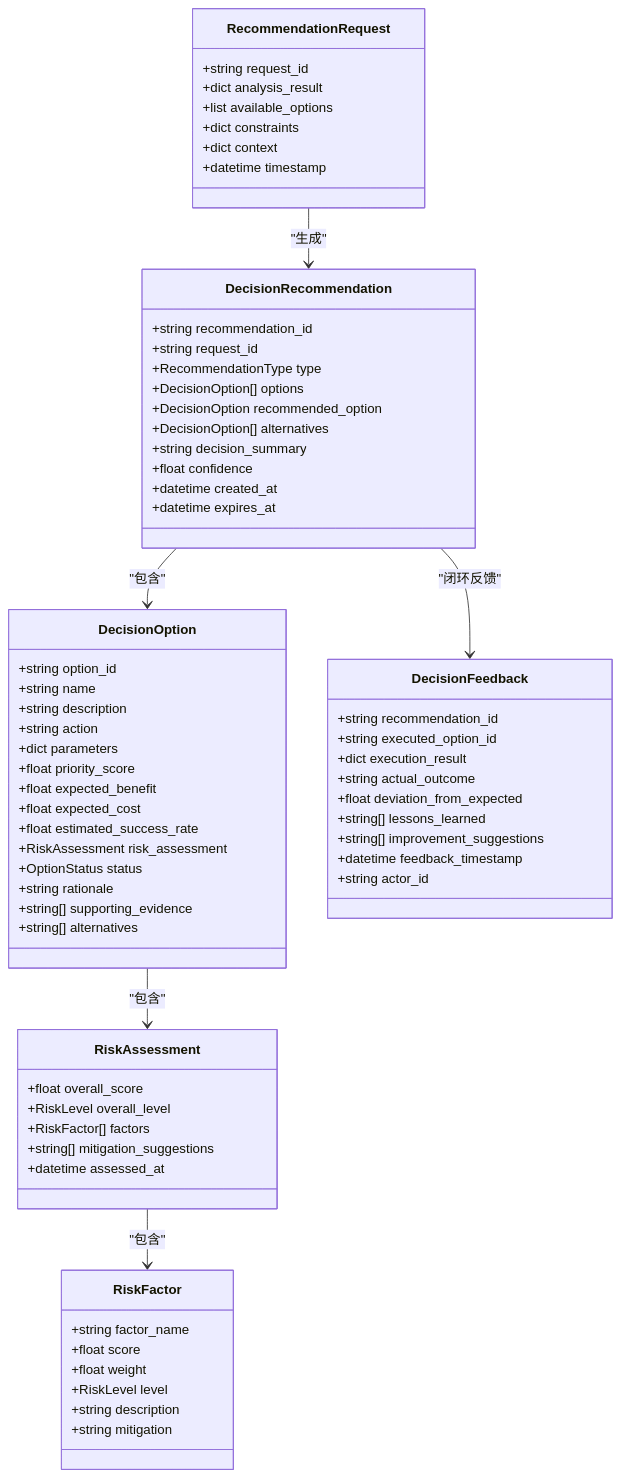
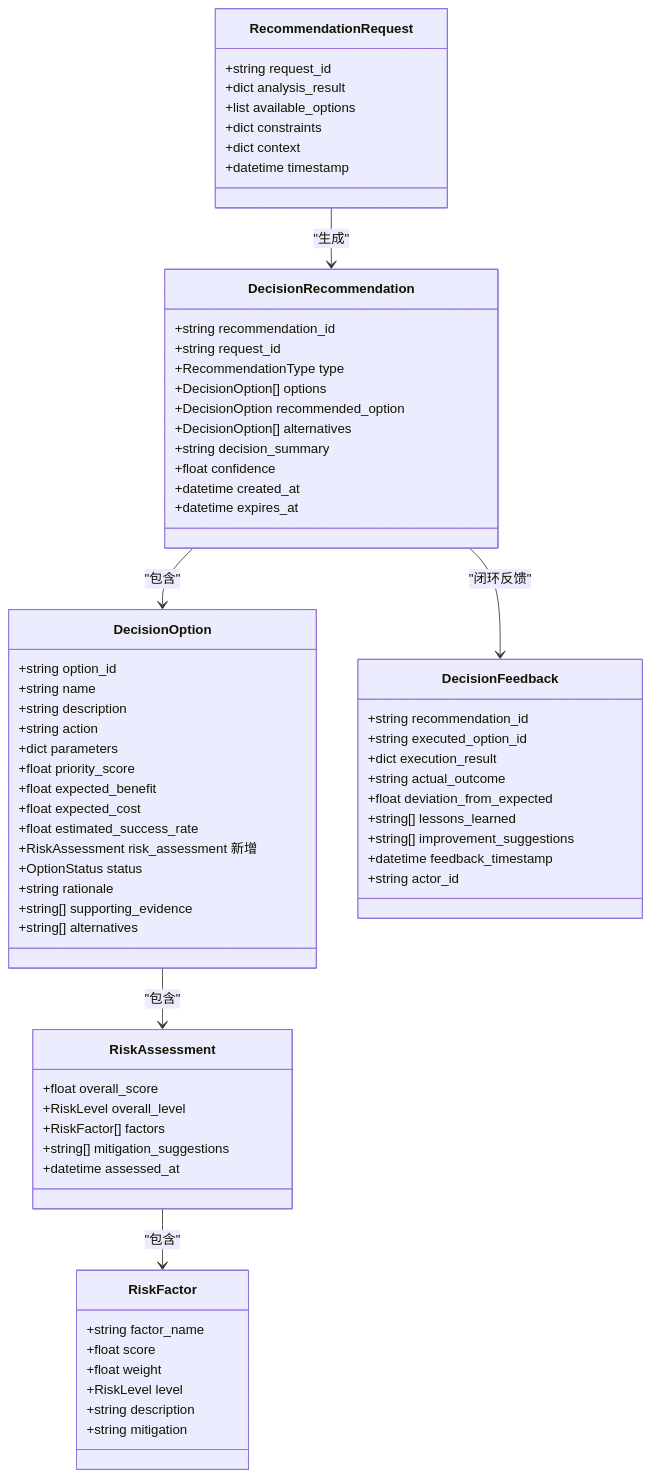
The fourth of 6 diagrams in .qoder/repowiki/zh/content/后端服务/业务领域服务/决策支持系统/决策推荐引擎.md (inier/ontology-graphiti), drawn with Mermaid before and after one commit. The commit also changed other lines of this file and 8 other files, not shown here.

````diff
--- a/.qoder/repowiki/zh/content/后端服务/业务领域服务/决策支持系统/决策推荐引擎.md
+++ b/.qoder/repowiki/zh/content/后端服务/业务领域服务/决策支持系统/决策推荐引擎.md
@@ -177,70 +185,70 @@
 ```mermaid
 classDiagram
 class RecommendationRequest {
 +string request_id
 +dict analysis_result
 +list available_options
 +dict constraints
 +dict context
 +datetime timestamp
 }
 class RiskFactor {
 +string factor_name
 +float score
 +float weight
 +RiskLevel level
 +string description
 +string mitigation
 }
 class RiskAssessment {
 +float overall_score
 +RiskLevel overall_level
 +RiskFactor[] factors
 +string[] mitigation_suggestions
 +datetime assessed_at
 }
 class DecisionOption {
 +string option_id
 +string name
 +string description
 +string action
 +dict parameters
 +float priority_score
 +float expected_benefit
 +float expected_cost
 +float estimated_success_rate
-+RiskAssessment risk_assessment
++RiskAssessment risk_assessment 新增
 +OptionStatus status
 +string rationale
 +string[] supporting_evidence
 +string[] alternatives
 }
 class DecisionRecommendation {
 +string recommendation_id
 +string request_id
 +RecommendationType type
 +DecisionOption[] options
 +DecisionOption recommended_option
 +DecisionOption[] alternatives
 +string decision_summary
 +float confidence
 +datetime created_at
 +datetime expires_at
 }
 class DecisionFeedback {
 +string recommendation_id
 +string executed_option_id
 +dict execution_result
 +string actual_outcome
 +float deviation_from_expected
 +string[] lessons_learned
 +string[] improvement_suggestions
 +datetime feedback_timestamp
 +string actor_id
 }
 RecommendationRequest --> DecisionRecommendation : "生成"
 DecisionRecommendation --> DecisionOption : "包含"
 DecisionOption --> RiskAssessment : "包含"
 RiskAssessment --> RiskFactor : "包含"
 DecisionRecommendation --> DecisionFeedback : "闭环反馈"
 ```
````
